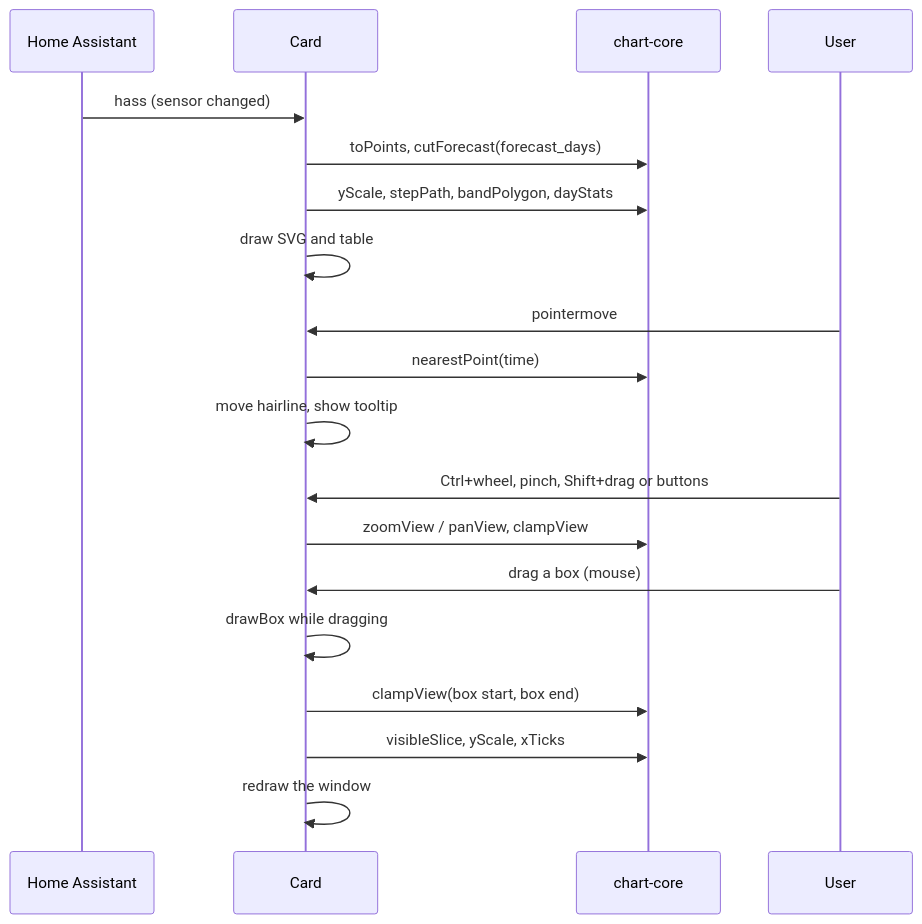
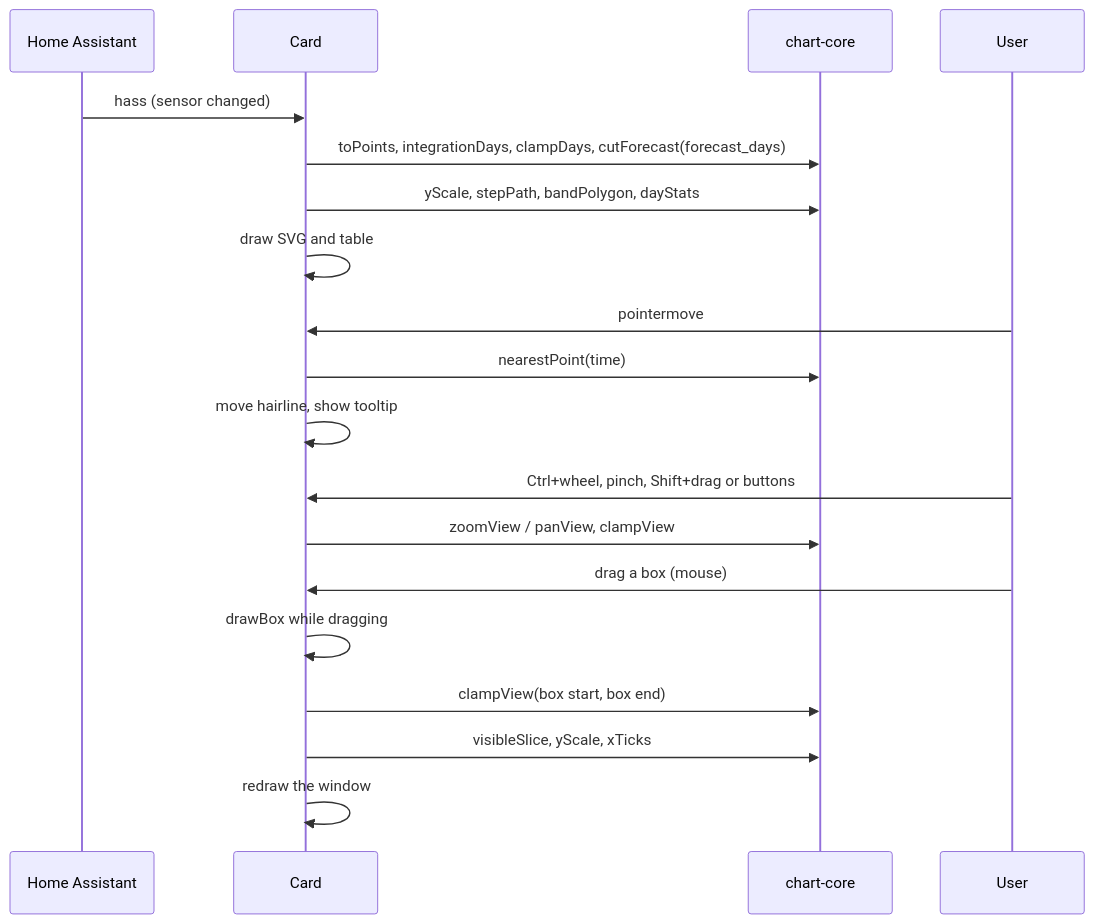
The fifth of 5 diagrams in docs/architecture.md (abroeders/7day-ahead-price-forecast), drawn with Mermaid before and after one commit. The commit also changed other lines of this file and 26 other files, not shown here.

First line of the commit message:
feat: configurable number of forecast days (#17)

````diff
--- a/docs/architecture.md
+++ b/docs/architecture.md
@@ -182,21 +187,21 @@
 ```mermaid
 sequenceDiagram
   participant HA as Home Assistant
   participant Card
   participant Core as chart-core
   participant U as User
   HA->>Card: hass (sensor changed)
-  Card->>Core: toPoints, cutForecast(forecast_days)
+  Card->>Core: toPoints, integrationDays, clampDays, cutForecast(forecast_days)
   Card->>Core: yScale, stepPath, bandPolygon, dayStats
   Card->>Card: draw SVG and table
   U->>Card: pointermove
   Card->>Core: nearestPoint(time)
   Card->>Card: move hairline, show tooltip
   U->>Card: Ctrl+wheel, pinch, Shift+drag or buttons
   Card->>Core: zoomView / panView, clampView
   U->>Card: drag a box (mouse)
   Card->>Card: drawBox while dragging
   Card->>Core: clampView(box start, box end)
   Card->>Core: visibleSlice, yScale, xTicks
   Card->>Card: redraw the window
 ```
````
